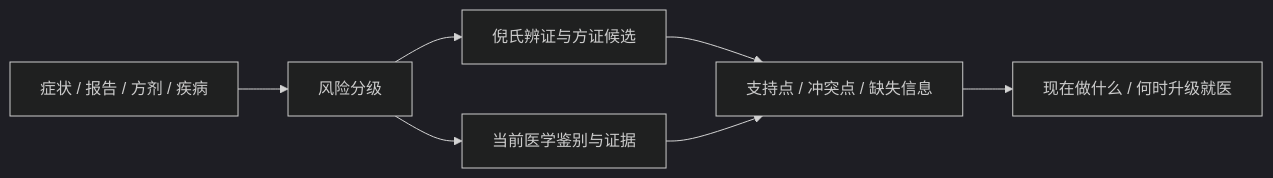
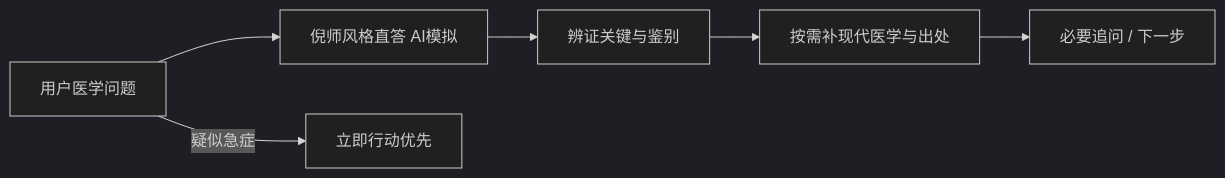
One commit to Fangx-AI/ni-haixia-perspective changed the diagram in README.md. Above: the diagram before and after it, drawn with Mermaid (dark theme). The commit also changed other lines of this file and 4 other files, not shown here.

````diff
--- a/README.md
+++ b/README.md
@@ -85,9 +83,8 @@
 ```mermaid
 flowchart LR
-    A[症状 / 报告 / 方剂 / 疾病] --> B[风险分级]
-    B --> C[倪氏辨证与方证候选]
-    B --> D[当前医学鉴别与证据]
-    C --> E[支持点 / 冲突点 / 缺失信息]
-    D --> E
-    E --> F[现在做什么 / 何时升级就医]
+    A[用户医学问题] --> B[倪师风格直答 AI模拟]
+    B --> C[辨证关键与鉴别]
+    C --> D[按需补现代医学与出处]
+    D --> E[必要追问 / 下一步]
+    A -->|疑似急症| F[立即行动优先]
 ```
````
